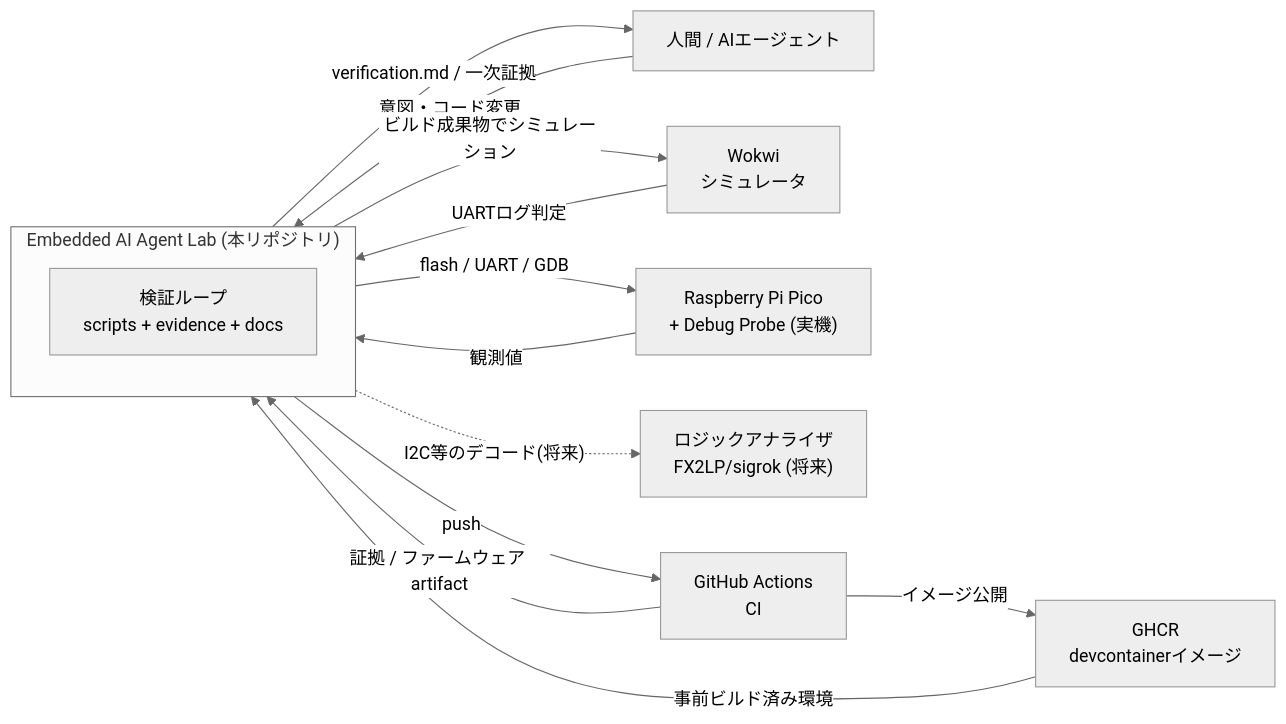
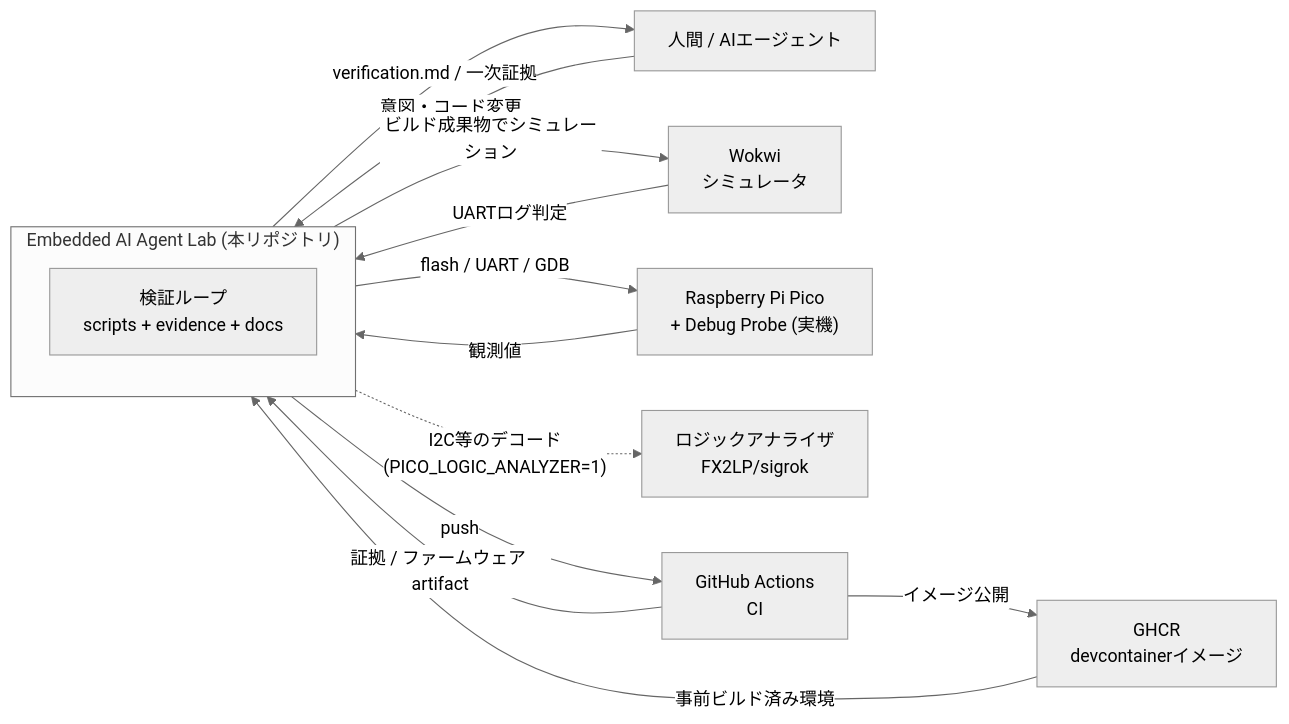
Before and after one commit to capybara-works/pico-sdk-blink: the diagram in docs/architecture/01_context.md, drawn with Mermaid (neutral theme). The commit also changed other lines of this file and 6 other files, not shown here.

Commit message:
Bring up FX2 logic analyzer path

````diff
--- a/docs/architecture/01_context.md
+++ b/docs/architecture/01_context.md
@@ -6,24 +6,24 @@
 ```mermaid
 flowchart LR
     human["人間 / AIエージェント"]
     subgraph lab["Embedded AI Agent Lab (本リポジトリ)"]
         core["検証ループ<br/>scripts + evidence + docs"]
     end
     wokwi["Wokwi<br/>シミュレータ"]
     hw["Raspberry Pi Pico<br/>+ Debug Probe (実機)"]
-    la["ロジックアナライザ<br/>FX2LP/sigrok (将来)"]
+    la["ロジックアナライザ<br/>FX2LP/sigrok"]
     ci["GitHub Actions<br/>CI"]
     ghcr["GHCR<br/>devcontainerイメージ"]
 
     human -->|"意図・コード変更"| lab
     lab -->|"verification.md / 一次証拠"| human
     lab -->|"ビルド成果物でシミュレーション"| wokwi
     wokwi -->|"UARTログ判定"| lab
     lab -->|"flash / UART / GDB"| hw
     hw -->|"観測値"| lab
-    lab -.->|"I2C等のデコード(将来)"| la
+    lab -.->|"I2C等のデコード<br/>(PICO_LOGIC_ANALYZER=1)"| la
     lab -->|"push"| ci
     ci -->|"証拠 / ファームウェア artifact"| lab
     ghcr -->|"事前ビルド済み環境"| lab
     ci -->|"イメージ公開"| ghcr
 ```
````
